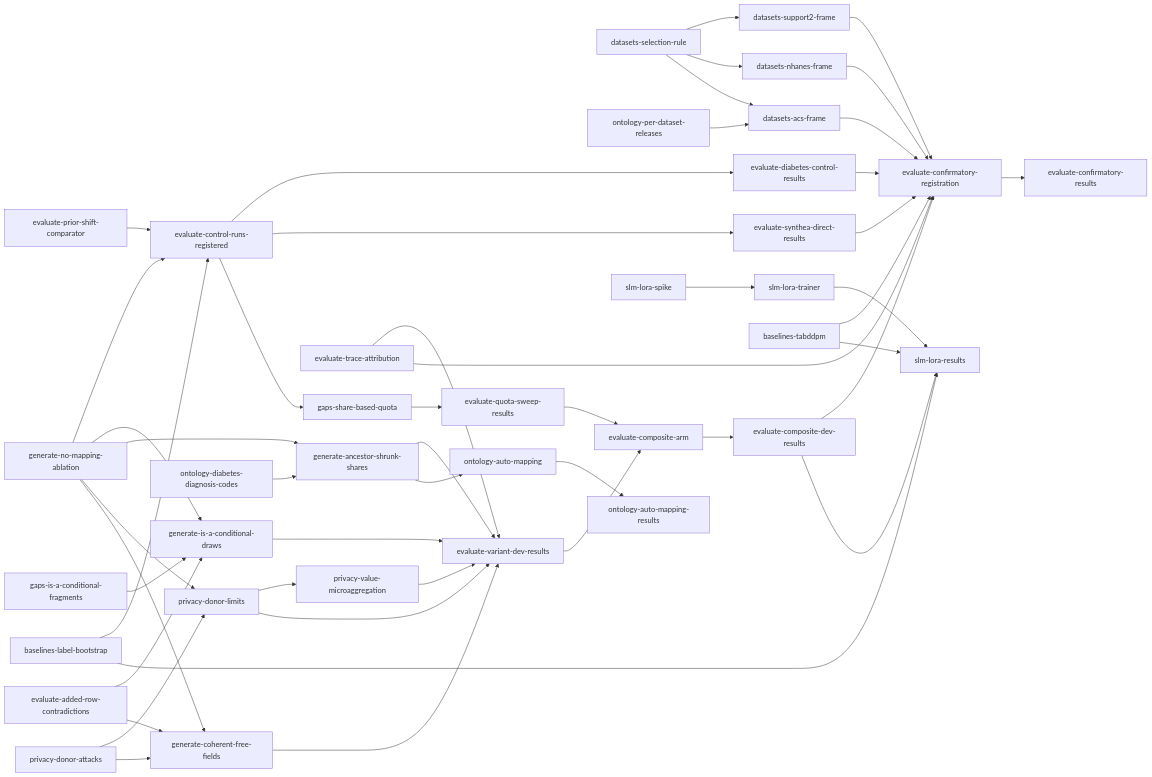
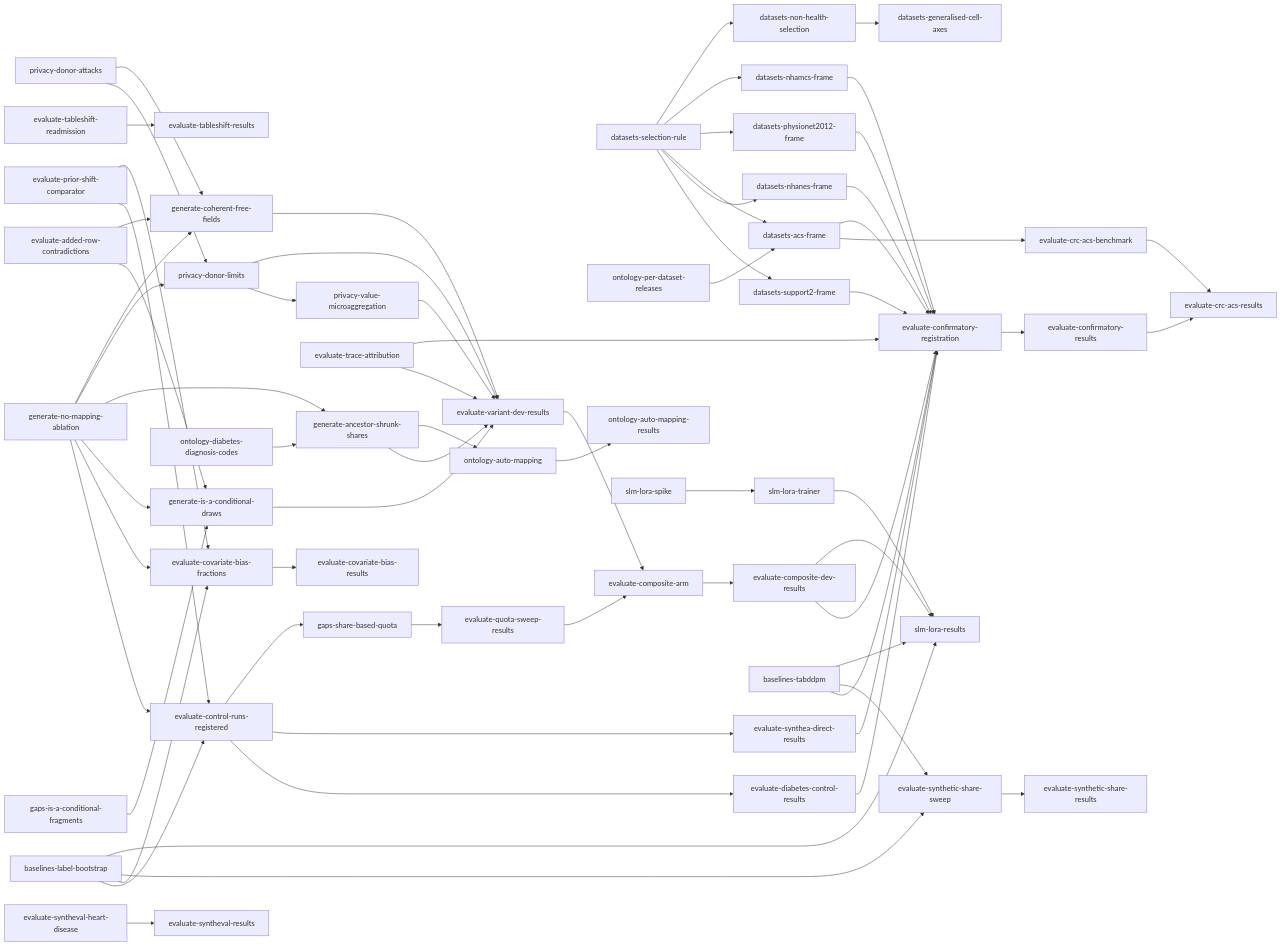
Before and after one commit to joe-dartmouth/synthetic: the diagram in tasks/direct-index.md, drawn with Mermaid. The commit also changed other lines of this file and 26 other files, not shown here.

First line of the commit message:
Schedule the published comparisons and non-health dataset work (#111)

````diff
--- a/tasks/direct-index.md
+++ b/tasks/direct-index.md
@@ -70,50 +89,68 @@
 ```mermaid
 flowchart LR
     u3[generate-no-mapping-ablation] --> u6[evaluate-control-runs-registered]
+    u3 --> u37[evaluate-covariate-bias-fractions]
     u4[baselines-label-bootstrap] --> u6
+    u4 --> u37
     u5[evaluate-prior-shift-comparator] --> u6
+    u5 --> u37
+    u37 --> u38[evaluate-covariate-bias-results]
+    u39[evaluate-tableshift-readmission] --> u40[evaluate-tableshift-results]
     u6 --> u7[evaluate-diabetes-control-results]
     u6 --> u8[evaluate-synthea-direct-results]
     u3 --> u11[generate-is-a-conditional-draws]
     u10[gaps-is-a-conditional-fragments] --> u11
     u9[evaluate-added-row-contradictions] --> u11
     u3 --> u13[generate-ancestor-shrunk-shares]
     u12[ontology-diabetes-diagnosis-codes] --> u13
     u3 --> u15[privacy-donor-limits]
     u14[privacy-donor-attacks] --> u15
     u15 --> u16[privacy-value-microaggregation]
     u3 --> u17[generate-coherent-free-fields]
     u9 --> u17
     u14 --> u17
     u11 --> u19[evaluate-variant-dev-results]
     u13 --> u19
     u15 --> u19
     u16 --> u19
     u17 --> u19
     u18[evaluate-trace-attribution] --> u19
     u6 --> u20[gaps-share-based-quota]
     u20 --> u21[evaluate-quota-sweep-results]
     u23[datasets-selection-rule] --> u25[datasets-support2-frame]
     u23 --> u26[datasets-nhanes-frame]
     u23 --> u27[datasets-acs-frame]
     u24[ontology-per-dataset-releases] --> u27
+    u27 --> u41[evaluate-crc-acs-benchmark]
+    u23 --> u47[datasets-physionet2012-frame]
+    u23 --> u48[datasets-nhamcs-frame]
+    u23 --> u49[datasets-non-health-selection]
+    u49 --> u50[datasets-generalised-cell-axes]
+    u43[evaluate-syntheval-heart-disease] --> u44[evaluate-syntheval-results]
     u19 --> u28[evaluate-composite-arm]
     u21 --> u28
     u28 --> u29[evaluate-composite-dev-results]
     u7 --> u30[evaluate-confirmatory-registration]
     u8 --> u30
     u18 --> u30
     u22[baselines-tabddpm] --> u30
+    u4 --> u45[evaluate-synthetic-share-sweep]
+    u22 --> u45
+    u45 --> u46[evaluate-synthetic-share-results]
     u25 --> u30
     u26 --> u30
     u27 --> u30
+    u47 --> u30
+    u48 --> u30
     u29 --> u30
     u30 --> u31[evaluate-confirmatory-results]
+    u41 --> u42[evaluate-crc-acs-results]
+    u31 --> u42
     u13 --> u32[ontology-auto-mapping]
     u32 --> u33[ontology-auto-mapping-results]
     u34[slm-lora-spike] --> u35[slm-lora-trainer]
     u29 --> u36[slm-lora-results]
     u35 --> u36
     u4 --> u36
     u22 --> u36
 ```
````
